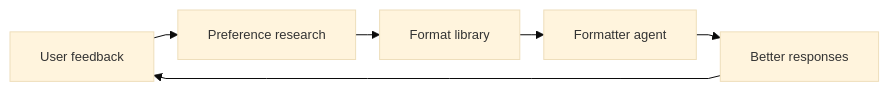
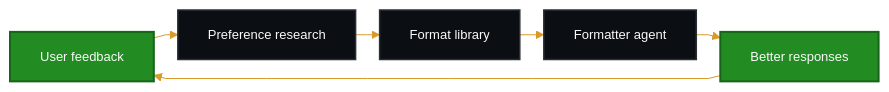
Before and after one commit to Hassaan146/agentic-ai-workflow: the eighth of 10 diagrams in docs/diagrams.md, drawn with Mermaid. The commit also changed other lines of this file, not shown here.

Commit message:
Apply dark luxury Mermaid theme

````diff
--- a/docs/diagrams.md
+++ b/docs/diagrams.md
@@ -189,9 +246,16 @@
 ```mermaid
-%%{init: {'theme': 'base', 'flowchart': {'nodeSpacing': 18, 'rankSpacing': 24, 'curve': 'linear'}, 'themeVariables': {'fontSize': '13px'}}}%%
+%%{init: {'theme': 'base', 'flowchart': {'nodeSpacing': 18, 'rankSpacing': 24, 'curve': 'linear'}, 'themeVariables': {'fontSize': '13px', 'primaryColor': '#228B22', 'primaryTextColor': '#F9F9F9', 'primaryBorderColor': '#16651A', 'lineColor': '#D99A2B', 'secondaryColor': '#F9F9F9', 'secondaryTextColor': '#101418', 'secondaryBorderColor': '#D99A2B', 'tertiaryColor': '#0B0F14', 'tertiaryTextColor': '#F9F9F9', 'tertiaryBorderColor': '#2A2F36', 'background': '#070B10', 'mainBkg': '#228B22', 'secondBkg': '#F9F9F9', 'textColor': '#F9F9F9', 'edgeLabelBackground': '#0B0F14'}}}%%
 flowchart LR
     A["User feedback"] --> B["Preference research"]
     B --> C["Format library"]
     C --> D["Formatter agent"]
     D --> E["Better responses"]
     E --> A
+
+    classDef primary fill:#228B22,stroke:#16651A,color:#F9F9F9,stroke-width:2px;
+    classDef dark fill:#0B0F14,stroke:#2A2F36,color:#F9F9F9,stroke-width:1.5px;
+    classDef toon fill:#F9F9F9,stroke:#D99A2B,color:#16651A,stroke-width:2px;
+    classDef decision fill:#F9F9F9,stroke:#D99A2B,color:#101418,stroke-width:2px;
+    class A,E primary;
+    class B,C,D dark;
 ```
````
